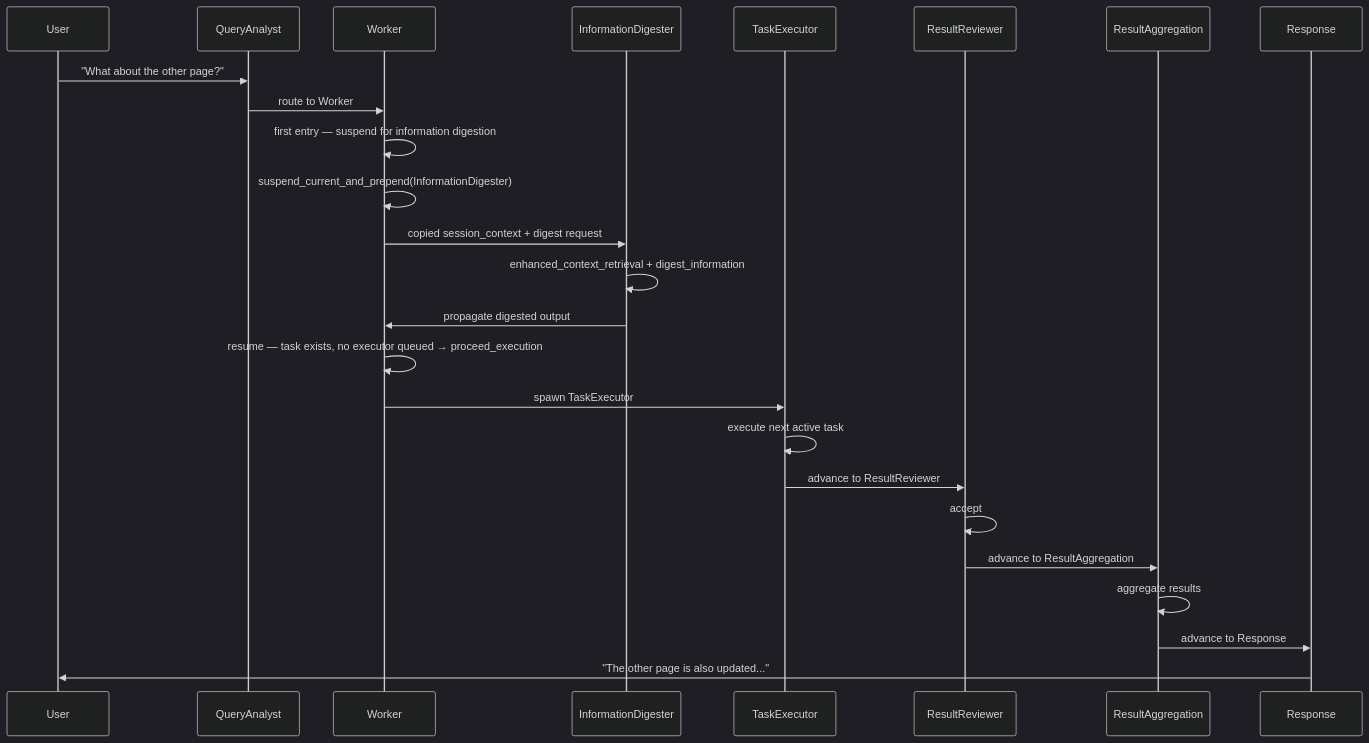
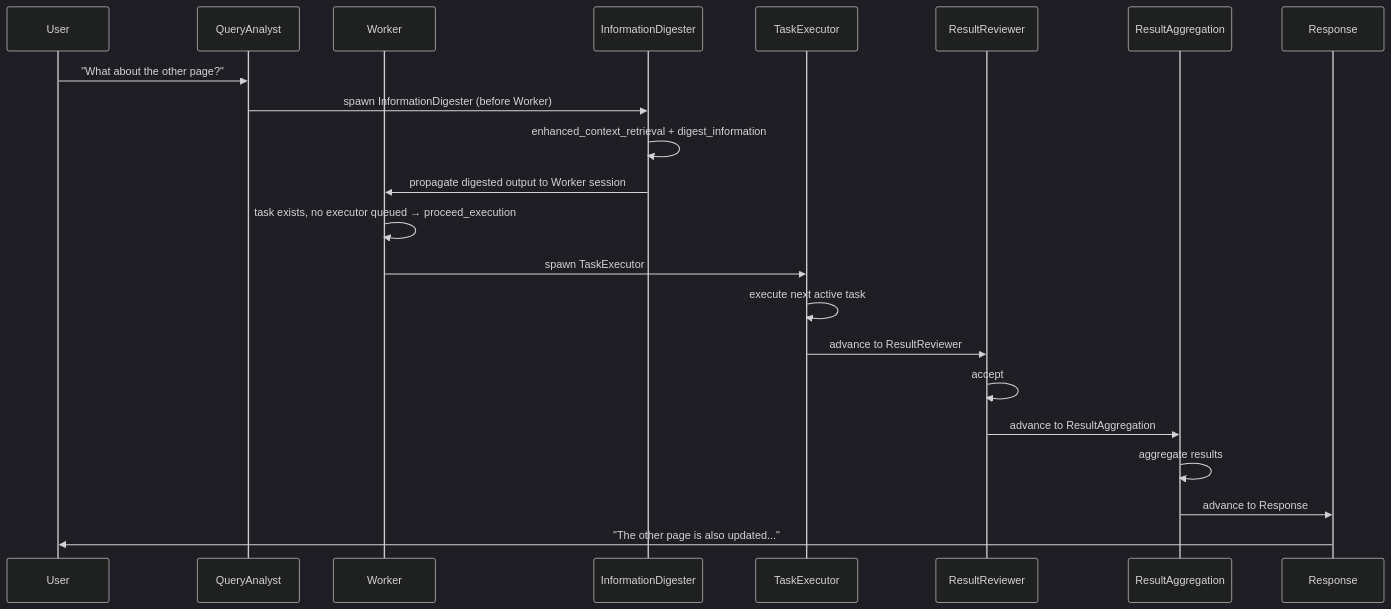
One commit to VJyzCELERY/TINYCUA changed the second of 17 diagrams in src/tinycua/docs/design/loops/expected_scenarios.md. Above: the diagram before and after it, drawn with Mermaid (dark theme). The commit also changed other lines of this file and 2 other files, not shown here.

First line of the commit message:
fix(design): simplify — QA spawns InformationDigester before Worker

````diff
--- a/src/tinycua/docs/design/loops/expected_scenarios.md
+++ b/src/tinycua/docs/design/loops/expected_scenarios.md
@@ -71,28 +68,25 @@
 ```mermaid
 sequenceDiagram
     participant User
     participant QA as QueryAnalyst
     participant W as Worker
     participant ID as InformationDigester
     participant TE as TaskExecutor
     participant RR as ResultReviewer
     participant RAgg as ResultAggregation
     participant R as Response
 
     User->>QA: "What about the other page?"
-    QA->>W: route to Worker
-    W->>W: first entry — suspend for information digestion
-    W->>W: suspend_current_and_prepend(InformationDigester)
-    W->>ID: copied session_context + digest request
+    QA->>ID: spawn InformationDigester (before Worker)
     ID->>ID: enhanced_context_retrieval + digest_information
-    ID->>W: propagate digested output
-    W->>W: resume — task exists, no executor queued → proceed_execution
+    ID->>W: propagate digested output to Worker session
+    W->>W: task exists, no executor queued → proceed_execution
     W->>TE: spawn TaskExecutor
     TE->>TE: execute next active task
     TE->>RR: advance to ResultReviewer
     RR->>RR: accept
     RR->>RAgg: advance to ResultAggregation
     RAgg->>RAgg: aggregate results
     RAgg->>R: advance to Response
     R->>User: "The other page is also updated..."
 ```
````
